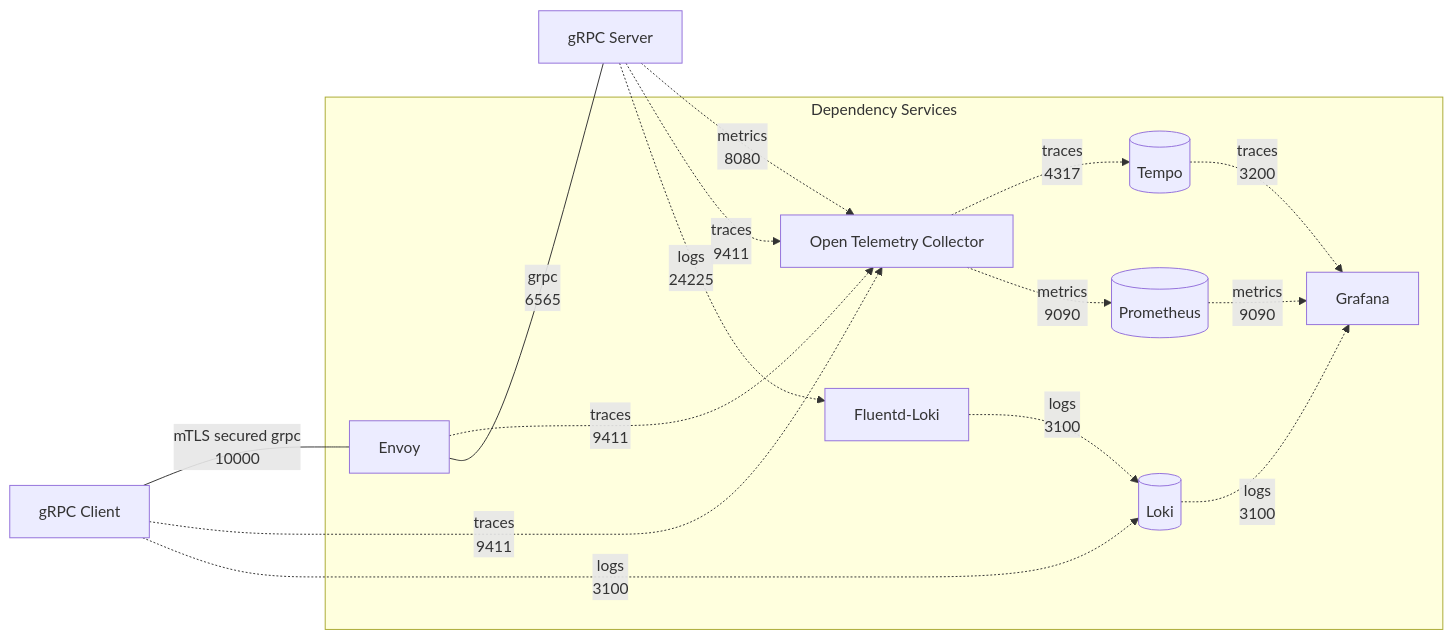
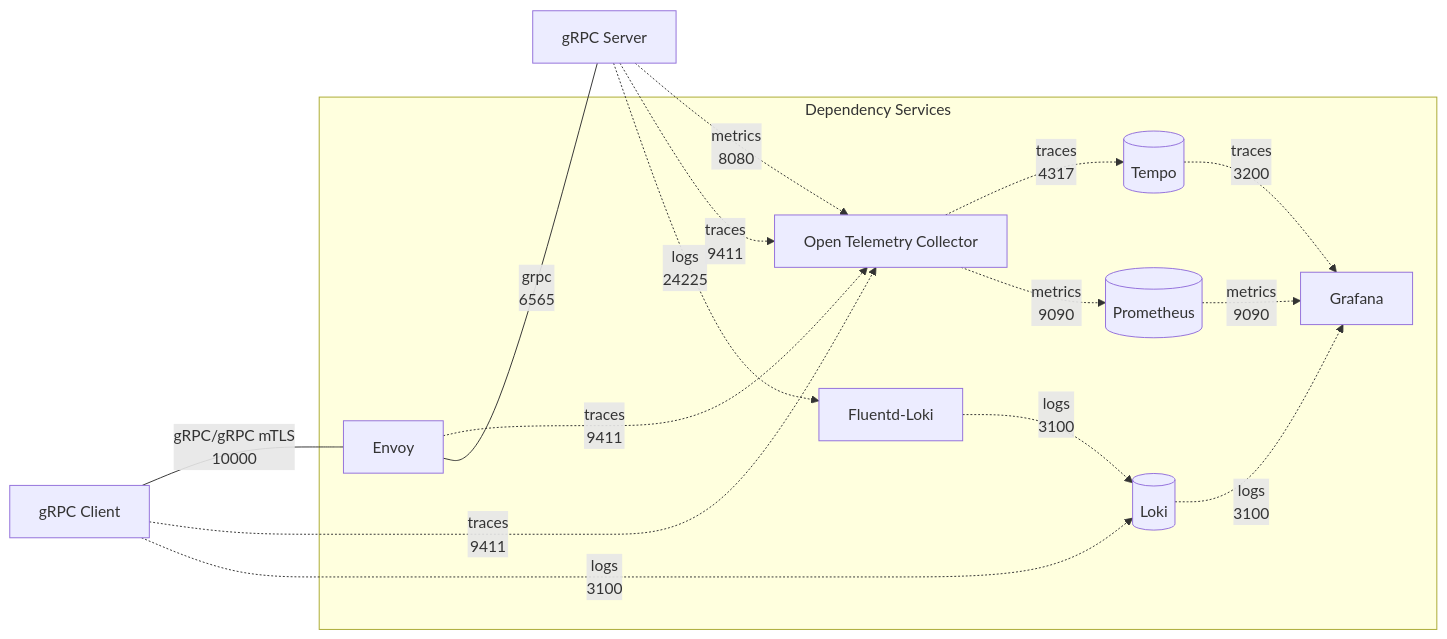
The diagram in README.md (AccelByte/grpc-plugin-dependencies), drawn with Mermaid before and after one commit. The commit also changed other lines of this file and 2 other files, not shown here.

````diff
--- a/README.md
+++ b/README.md
@@ -5,29 +5,29 @@
 ```mermaid
 flowchart LR
     CL[gRPC Client]
     SV[gRPC Server]
 	EN[Envoy]
 	OT[Open Telemetry Collector]
     TM[(Tempo)]
     LK[(Loki)]
     PM[(Prometheus)]
     GF[Grafana]	
     FL[Fluentd-Loki]
 	subgraph Dependency Services
 
         EN -.->|traces\n9411| OT
         OT -.->|traces\n4317| TM
         OT -.->|metrics\n9090| PM
         FL -.->|logs\n3100| LK
         TM -.->|traces\n3200| GF
         PM -.->|metrics\n9090| GF
         LK -.->|logs\n3100| GF
     end
-    CL ---|mTLS secured grpc\n10000| EN
+    CL ---|gRPC/gRPC mTLS\n10000| EN
     CL -.->|traces\n9411| OT
     CL -.->|logs\n3100| LK
     EN ---|grpc\n6565| SV
     SV -.->|metrics\n8080| OT
     SV -.->|traces\n9411| OT
     SV -.->|logs\n24225| FL
 ```
````
